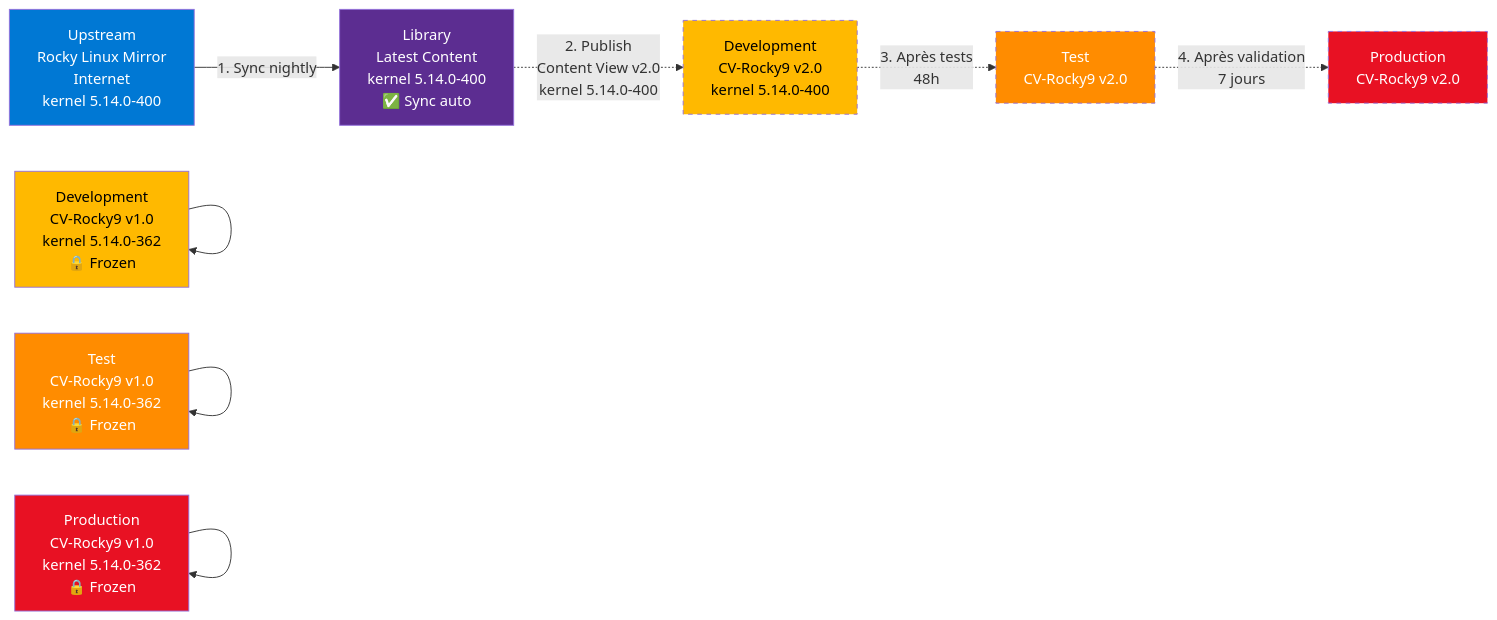
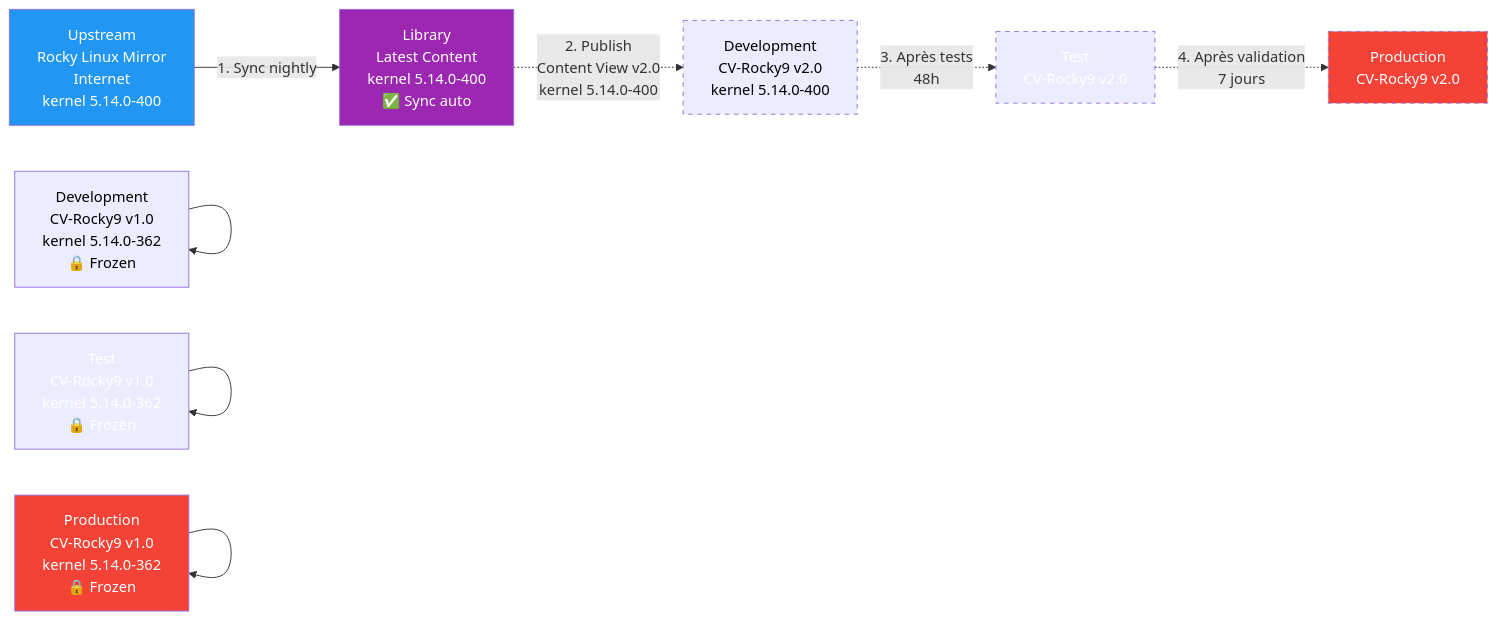
One commit to VBlackJack/ShellBook changed the first of 2 diagrams in docs/formations/katello/02-module.md. Above: the diagram before and after it, drawn with Mermaid. The commit also changed other lines of this file and 337 other files, not shown here.

First line of the commit message:
refactor(docs): Standardize code blocks and Mermaid colors

````diff
--- a/docs/formations/katello/02-module.md
+++ b/docs/formations/katello/02-module.md
@@ -60,33 +60,33 @@
 ```mermaid
 flowchart LR
     UPSTREAM[Upstream<br/>Rocky Linux Mirror<br/>Internet<br/>kernel 5.14.0-400]
 
     LIBRARY[Library<br/>Latest Content<br/>kernel 5.14.0-400<br/>✅ Sync auto]
 
     DEV[Development<br/>CV-Rocky9 v1.0<br/>kernel 5.14.0-362<br/>🔒 Frozen]
 
     TEST[Test<br/>CV-Rocky9 v1.0<br/>kernel 5.14.0-362<br/>🔒 Frozen]
 
     PROD[Production<br/>CV-Rocky9 v1.0<br/>kernel 5.14.0-362<br/>🔒 Frozen]
 
     UPSTREAM -->|1. Sync nightly| LIBRARY
 
     LIBRARY -.->|2. Publish<br/>Content View v2.0<br/>kernel 5.14.0-400| DEV_NEW[Development<br/>CV-Rocky9 v2.0<br/>kernel 5.14.0-400]
 
     DEV_NEW -.->|3. Après tests<br/>48h| TEST_NEW[Test<br/>CV-Rocky9 v2.0]
 
     TEST_NEW -.->|4. Après validation<br/>7 jours| PROD_NEW[Production<br/>CV-Rocky9 v2.0]
 
     DEV --> DEV
     TEST --> TEST
     PROD --> PROD
 
-    style UPSTREAM fill:#0078D4,color:#fff
-    style LIBRARY fill:#5C2D91,color:#fff
-    style DEV fill:#FFB900,color:#000
-    style TEST fill:#FF8C00,color:#fff
-    style PROD fill:#E81123,color:#fff
-    style DEV_NEW fill:#FFB900,color:#000,stroke-dasharray: 5 5
-    style TEST_NEW fill:#FF8C00,color:#fff,stroke-dasharray: 5 5
-    style PROD_NEW fill:#E81123,color:#fff,stroke-dasharray: 5 5
+    style UPSTREAM fill:#2196F3,color:#fff
+    style LIBRARY fill:#9C27B0,color:#fff
+    style DEV fill:#FF9800800800,color:#000
+    style TEST fill:#FF9800800800,color:#fff
+    style PROD fill:#f44336,color:#fff
+    style DEV_NEW fill:#FF9800800800,color:#000,stroke-dasharray: 5 5
+    style TEST_NEW fill:#FF9800800800,color:#fff,stroke-dasharray: 5 5
+    style PROD_NEW fill:#f44336,color:#fff,stroke-dasharray: 5 5
 ```
````
